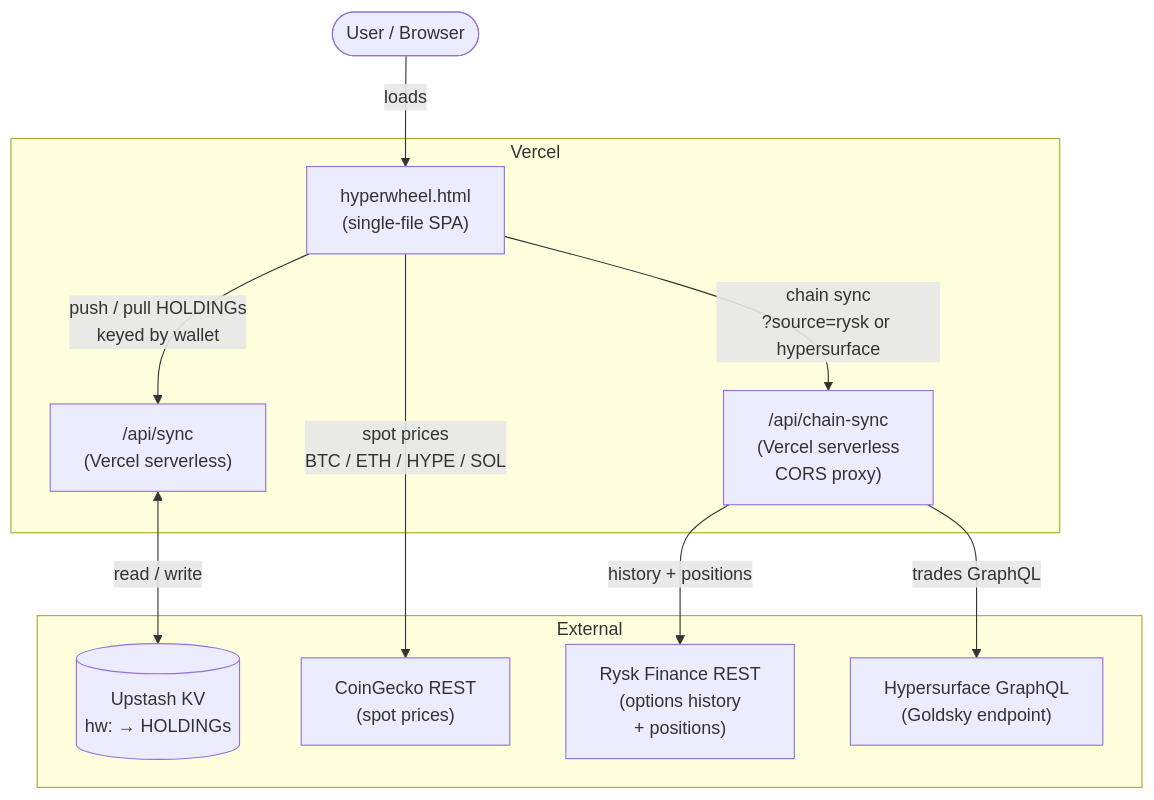
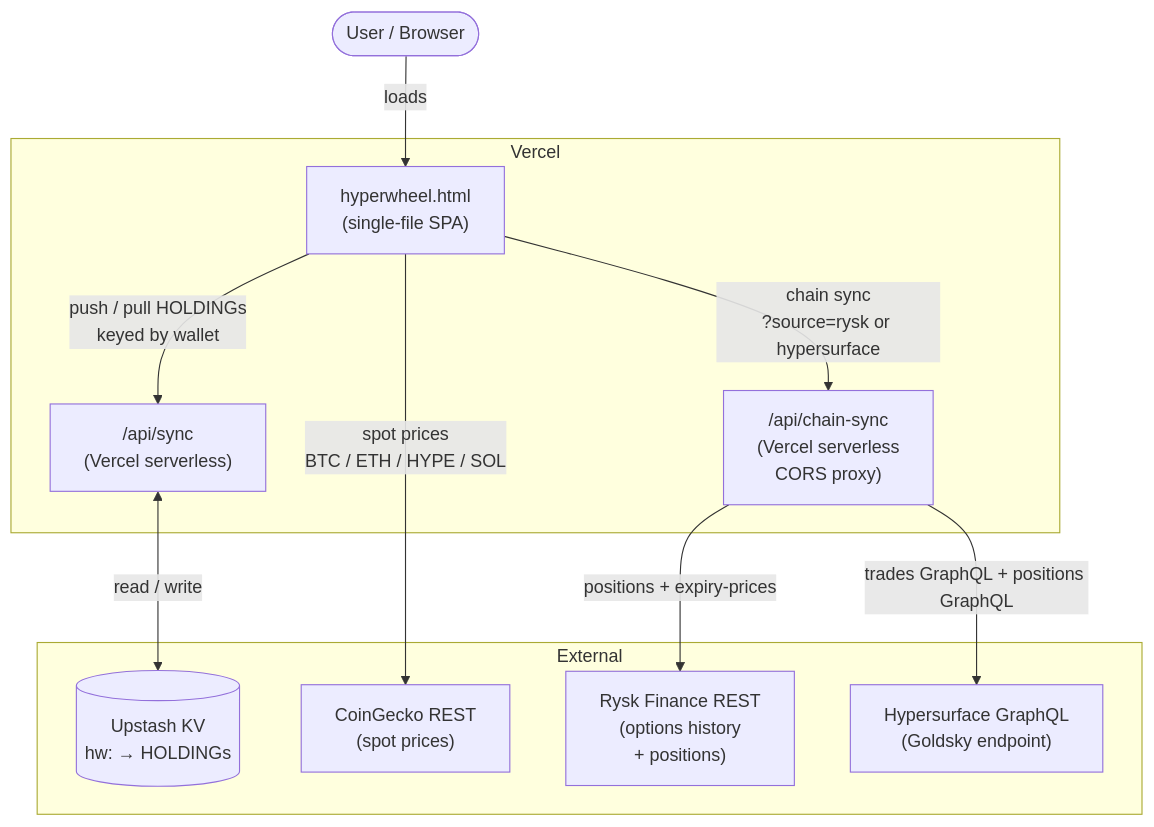
One commit to heyitsStylez/hyperwheel changed the first of 2 diagrams in docs/architecture.md. Above: the diagram before and after it, drawn with Mermaid. The commit also changed other lines of this file and 5 other files, not shown here.

````diff
--- a/docs/architecture.md
+++ b/docs/architecture.md
@@ -12,25 +12,25 @@
 ```mermaid
 flowchart TD
     User([User / Browser])
 
     subgraph Vercel
         App["hyperwheel.html\n(single-file SPA)"]
         SyncAPI["/api/sync\n(Vercel serverless)"]
         ChainAPI["/api/chain-sync\n(Vercel serverless\nCORS proxy)"]
     end
 
     subgraph External
         KV[("Upstash KV\nhw:<wallet> → HOLDINGs")]
         CoinGecko["CoinGecko REST\n(spot prices)"]
         Rysk["Rysk Finance REST\n(options history\n+ positions)"]
         Hypersurface["Hypersurface GraphQL\n(Goldsky endpoint)"]
     end
 
     User -->|loads| App
     App -->|push / pull HOLDINGs\nkeyed by wallet| SyncAPI
     SyncAPI <-->|read / write| KV
     App -->|spot prices\nBTC / ETH / HYPE / SOL| CoinGecko
     App -->|chain sync\n?source=rysk or hypersurface| ChainAPI
-    ChainAPI -->|history + positions| Rysk
-    ChainAPI -->|trades GraphQL| Hypersurface
+    ChainAPI -->|positions + expiry-prices| Rysk
+    ChainAPI -->|trades GraphQL + positions GraphQL| Hypersurface
 ```
````
